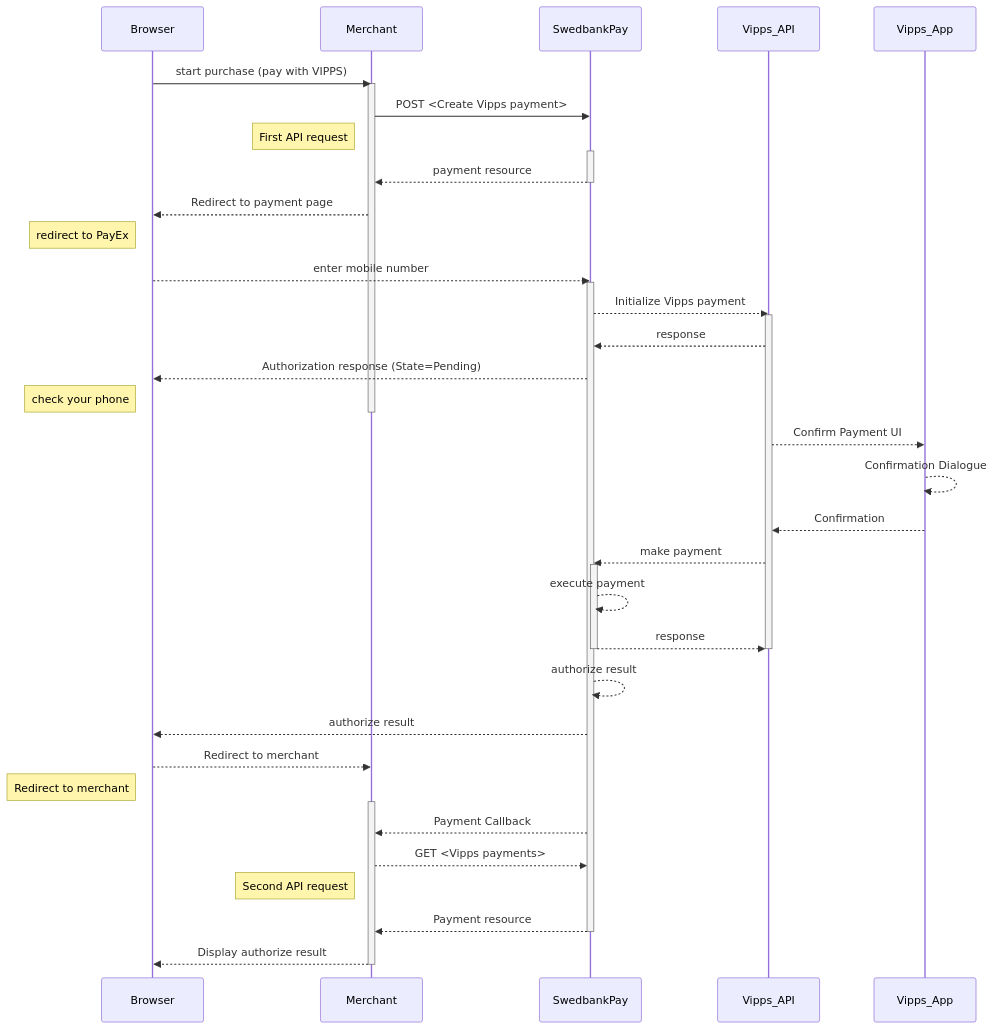
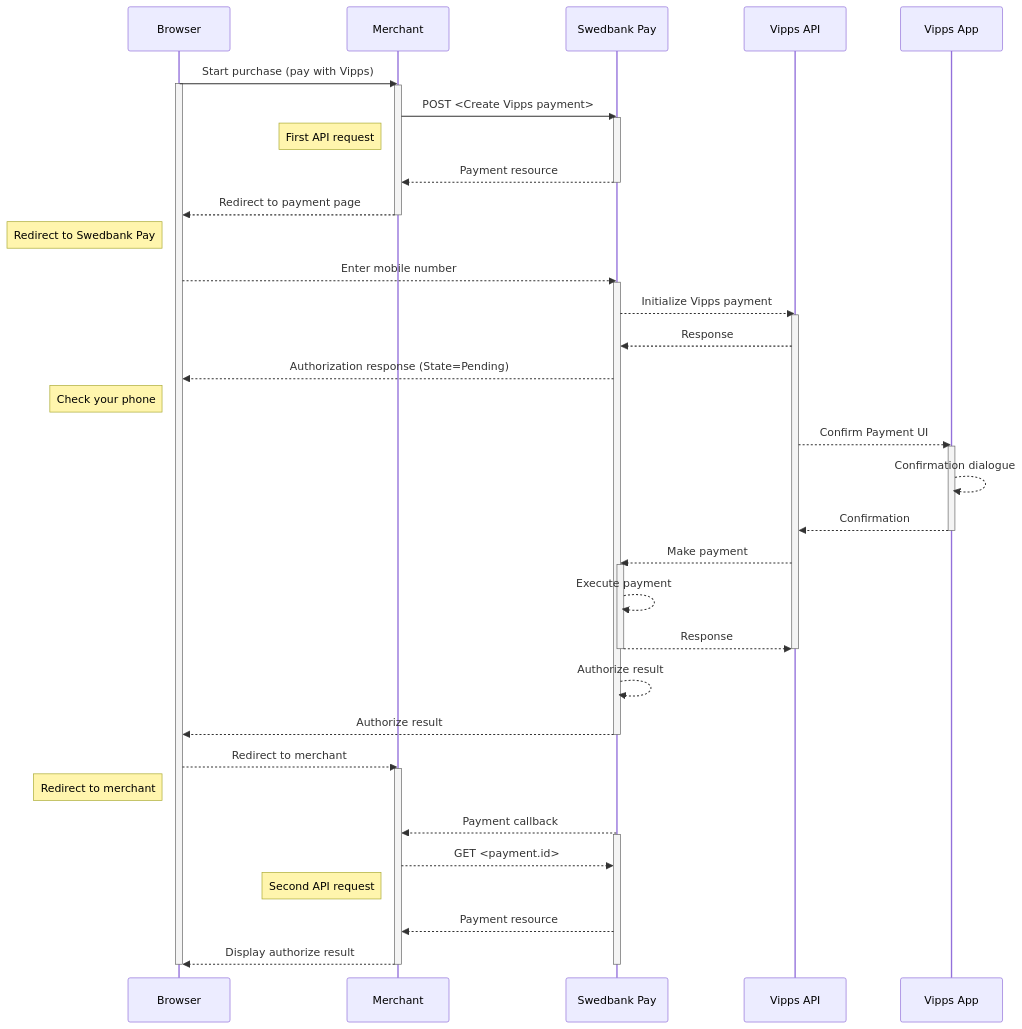
One commit to SwedbankPay/developer.swedbankpay.com changed the diagram in payments/vipps/redirect.md. Above: the diagram before and after it, drawn with Mermaid. The commit also changed other lines of this file, not shown here.

Commit message:
Massive Vipps redirect cleanup

````diff
--- a/payments/vipps/redirect.md
+++ b/payments/vipps/redirect.md
@@ -53,44 +53,59 @@
 ```mermaid
 sequenceDiagram
-  Browser->>Merchant: start purchase (pay with VIPPS)
-  activate Merchant
+  participant Browser
+  participant Merchant
+  participant SwedbankPay as Swedbank Pay
+  participant VippsApi as Vipps API
+  participant VippsApp as Vipps App
 
-  Merchant->>SwedbankPay: POST <Create  Vipps payment>
-  note left of Merchant: First API request
-  activate SwedbankPay
-  SwedbankPay-->>Merchant: payment resource
-  deactivate SwedbankPay
-  Merchant-->>Browser: Redirect to payment page
-  note left of Browser:redirect to PayEx
-  Browser-->>SwedbankPay: enter mobile number
-  activate SwedbankPay
+  Browser->>Merchant: Start purchase (pay with Vipps)
+  activate Browser
+    activate Merchant
+      Merchant->>SwedbankPay: POST <Create  Vipps payment>
+      activate SwedbankPay
+        note left of Merchant: First API request
+        SwedbankPay-->>Merchant: Payment resource
+      deactivate SwedbankPay
+      Merchant-->>Browser: Redirect to payment page
+    deactivate Merchant
 
-  SwedbankPay-->>Vipps_API: Initialize Vipps payment
-  activate Vipps_API
-  Vipps_API-->>SwedbankPay: response
-  SwedbankPay-->>Browser: Authorization response (State=Pending)
-  note left of Browser: check your phone
-  deactivate Merchant
+    note left of Browser: Redirect to Swedbank Pay
+    Browser-->>SwedbankPay: Enter mobile number
+    activate SwedbankPay
+      SwedbankPay-->>VippsApi: Initialize Vipps payment
+      activate VippsApi
+        VippsApi-->>SwedbankPay: Response
+        SwedbankPay-->>Browser: Authorization response (State=Pending)
+        note left of Browser: Check your phone
 
-  Vipps_API-->>Vipps_App: Confirm Payment UI
-  Vipps_App-->>Vipps_App: Confirmation Dialogue
-  Vipps_App-->>Vipps_API: Confirmation
-  Vipps_API-->>SwedbankPay: make payment
-  activate SwedbankPay
-  SwedbankPay-->>SwedbankPay: execute payment
-  SwedbankPay-->>Vipps_API: response
-  deactivate SwedbankPay
-  deactivate Vipps_API
-  SwedbankPay-->>SwedbankPay: authorize result
-  SwedbankPay-->>Browser: authorize result
-  Browser-->>Merchant: Redirect to merchant
-  note left of Browser: Redirect to merchant
-  activate Merchant
-  SwedbankPay-->>Merchant: Payment Callback
-  Merchant-->>SwedbankPay: GET <Vipps payments>
-  note left of Merchant: Second API request
-  SwedbankPay-->>Merchant: Payment resource
-  deactivate SwedbankPay
-  Merchant-->>Browser: Display authorize result
-  deactivate Merchant
+        VippsApi-->>VippsApp: Confirm Payment UI
+        activate VippsApp
+          VippsApp-->>VippsApp: Confirmation dialogue
+          VippsApp-->>VippsApi: Confirmation
+        deactivate VippsApp
+
+        VippsApi-->>SwedbankPay: Make payment
+        activate SwedbankPay
+          SwedbankPay-->>SwedbankPay: Execute payment
+          SwedbankPay-->>VippsApi: Response
+        deactivate SwedbankPay
+      deactivate VippsApi
+
+      SwedbankPay-->>SwedbankPay: Authorize result
+      SwedbankPay-->>Browser: Authorize result
+    deactivate SwedbankPay
+
+    Browser-->>Merchant: Redirect to merchant
+    activate Merchant
+      note left of Browser: Redirect to merchant
+
+      SwedbankPay-->>Merchant: Payment callback
+      activate SwedbankPay
+        Merchant-->>SwedbankPay: GET <payment.id>
+        note left of Merchant: Second API request
+        SwedbankPay-->>Merchant: Payment resource
+        Merchant-->>Browser: Display authorize result
+      deactivate SwedbankPay
+    deactivate Merchant
+  deactivate Browser
 ```
````
